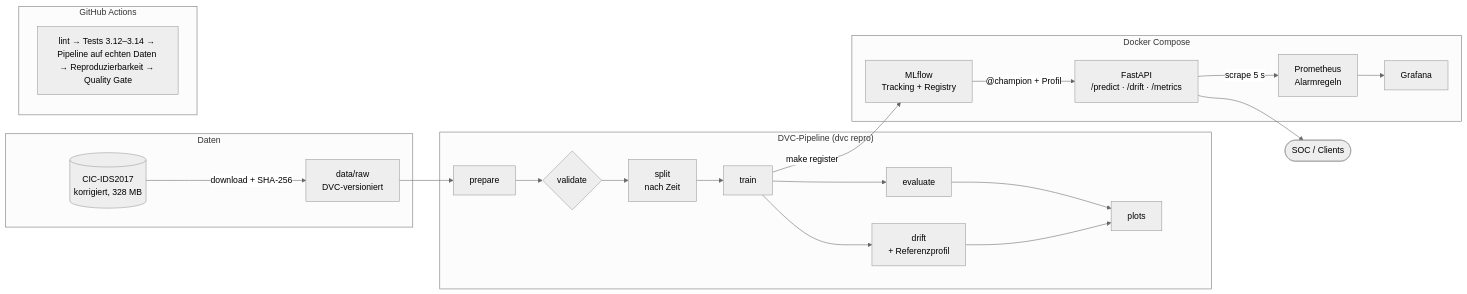
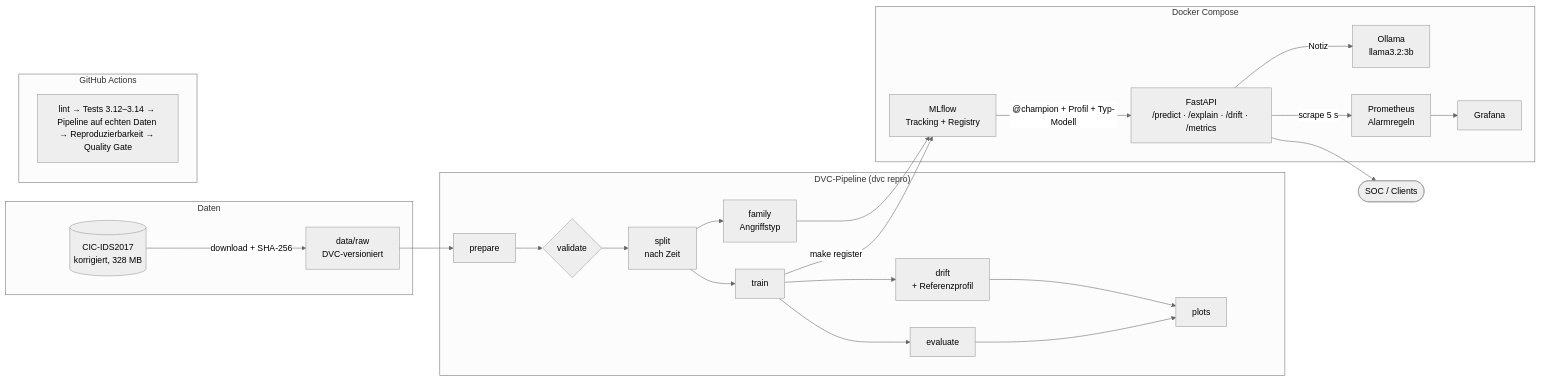
The second of 2 diagrams in README.md (Maik-Huebner/intrusion-detection-mlops), drawn with Mermaid (neutral theme) before and after one commit. The commit also changed other lines of this file and 11 other files, not shown here.

````diff
--- a/README.md
+++ b/README.md
@@ -184,21 +250,24 @@
 ```mermaid
 flowchart LR
     subgraph Daten
         SRC[(CIC-IDS2017<br/>korrigiert, 328 MB)] -->|download + SHA-256| RAW[data/raw<br/>DVC-versioniert]
     end
     subgraph "DVC-Pipeline (dvc repro)"
         RAW --> P[prepare] --> V{validate} --> S[split<br/>nach Zeit] --> T[train] --> E[evaluate]
+        S --> F[family<br/>Angriffstyp]
         T --> DR[drift<br/>+ Referenzprofil]
         E --> PL[plots]
         DR --> PL
     end
     subgraph "Docker Compose"
-        REG[MLflow<br/>Tracking + Registry] -->|"@champion + Profil"| API[FastAPI<br/>/predict · /drift · /metrics]
+        REG[MLflow<br/>Tracking + Registry] -->|"@champion + Profil + Typ-Modell"| API[FastAPI<br/>/predict · /explain · /drift · /metrics]
+        API -->|Notiz| OL[Ollama<br/>llama3.2:3b]
         API -->|scrape 5 s| PR[Prometheus<br/>Alarmregeln] --> GR[Grafana]
     end
     T -->|"make register"| REG
+    F --> REG
     API --> U([SOC / Clients])
     subgraph "GitHub Actions"
         CI[lint → Tests 3.12–3.14 → Pipeline auf echten Daten → Reproduzierbarkeit → Quality Gate]
     end
 ```
````
